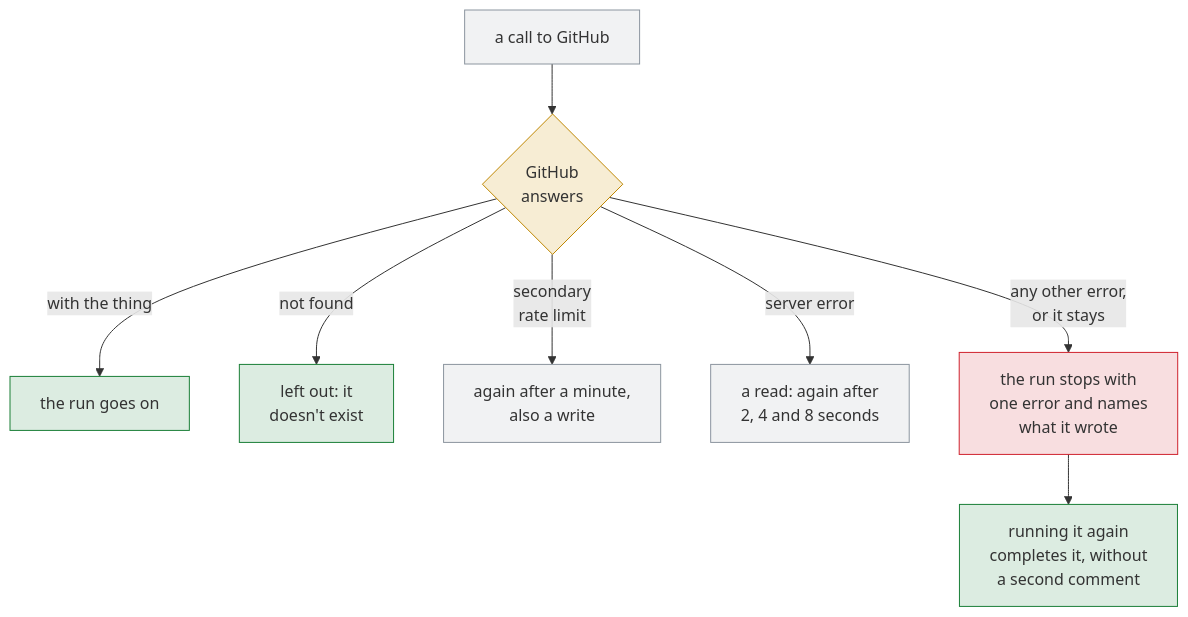
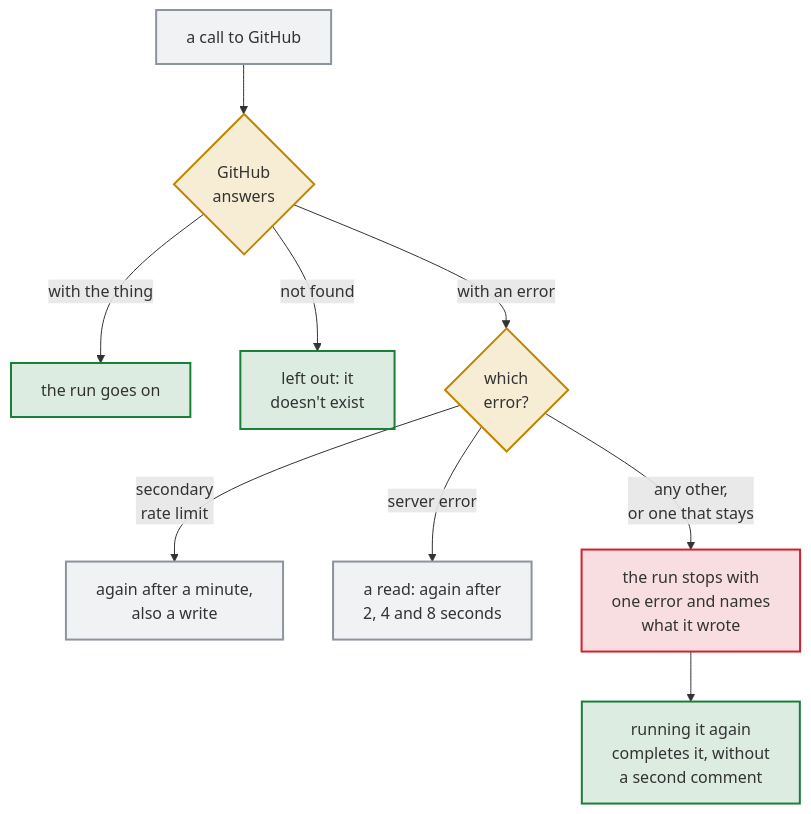
Before and after one commit to Dennis-Otto/issue-assistant: the eighth of 11 diagrams in README.md, drawn with Mermaid. The commit also changed other lines of this file and 4 other files, not shown here.

First line of the commit message:
docs: accessible top-to-bottom diagrams, and three new ones (#82)

````diff
--- a/README.md
+++ b/README.md
@@ -262,20 +327,21 @@
 ```mermaid
 flowchart TB
   accTitle: What the assistant does when a call to GitHub fails
   accDescr: A call to GitHub that succeeds lets the run go on. Not found means that the thing doesn't exist, and it is left out. A secondary rate limit runs the call again after a minute, up to three times. A server error runs a read again after 2, 4 and 8 seconds. Every other error, and one that stays, stops the run with one error that names what it wrote; running it again completes the rest without a second comment.
   call["a call to GitHub"] --> answer{"GitHub<br/>answers"}
   answer -- "with the thing" --> on["the run goes on"]
   answer -- "not found" --> left["left out: it<br/>doesn't exist"]
-  answer -- "secondary<br/>rate limit" --> minute["again after a minute,<br/>also a write"]
-  answer -- "server error" --> read["a read: again after<br/>2, 4 and 8 seconds"]
-  answer -- "any other error,<br/>or it stays" --> stop["the run stops with<br/>one error and names<br/>what it wrote"]
+  answer -- "with an error" --> error{"which<br/>error?"}
+  error -- "secondary<br/>rate limit" --> minute["again after a minute,<br/>also a write"]
+  error -- "server error" --> read["a read: again after<br/>2, 4 and 8 seconds"]
+  error -- "any other,<br/>or one that stays" --> stop["the run stops with<br/>one error and names<br/>what it wrote"]
   stop --> again["running it again<br/>completes it, without<br/>a second comment"]
-  classDef question fill:#d4a72c33,stroke:#bf8700
-  classDef job fill:#8c959f1f,stroke:#8c959f
-  classDef safe fill:#1a7f3726,stroke:#1a7f37
-  classDef stop fill:#cf222e26,stroke:#cf222e
-  class answer question
+  classDef question fill:#d4a72c33,stroke:#bf8700,stroke-width:2px
+  classDef job fill:#8c959f1f,stroke:#8c959f,stroke-width:2px
+  classDef safe fill:#1a7f3726,stroke:#1a7f37,stroke-width:2px
+  classDef stop fill:#cf222e26,stroke:#cf222e,stroke-width:2px
+  class answer,error question
   class call,minute,read job
   class on,left,again safe
   class stop stop
 ```
````
